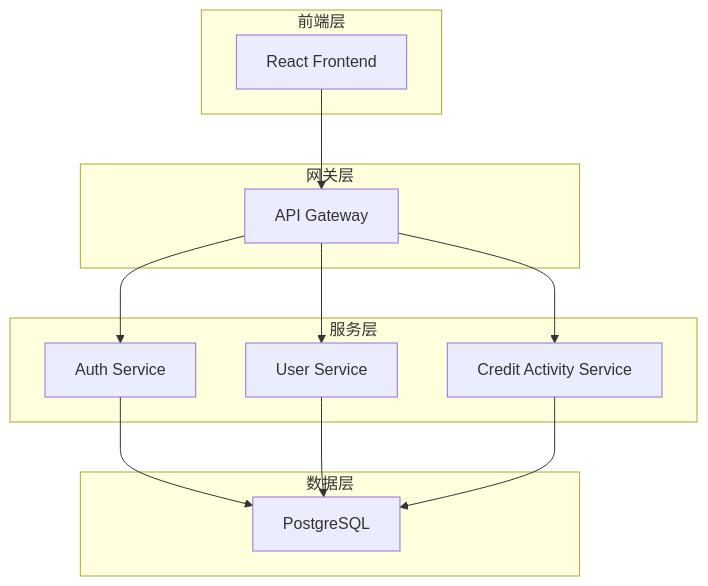
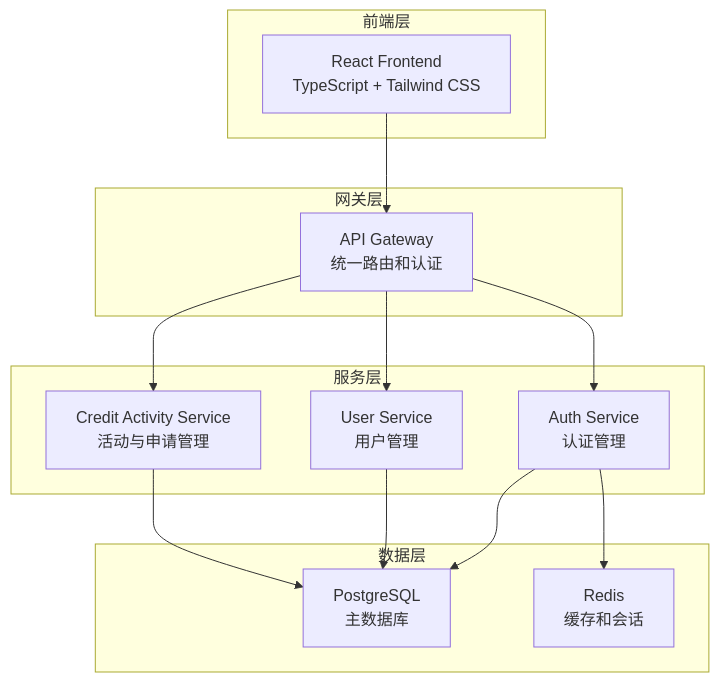
The diagram in README.md (EmptyDust/credit-management), drawn with Mermaid before and after one commit. The commit also changed other lines of this file and 1 other file, not shown here.

````diff
--- a/README.md
+++ b/README.md
@@ -24,28 +28,30 @@
 ```mermaid
 graph TB
     subgraph "前端层"
-        A[React Frontend]
+        A[React Frontend<br/>TypeScript + Tailwind CSS]
     end
     
     subgraph "网关层"
-        B[API Gateway]
+        B[API Gateway<br/>统一路由和认证]
     end
     
     subgraph "服务层"
-        C[Auth Service]
-        D[User Service]
-        E[Credit Activity Service]
+        C[Auth Service<br/>认证管理]
+        D[User Service<br/>用户管理]
+        E[Credit Activity Service<br/>活动与申请管理]
     end
     
     subgraph "数据层"
-        F[PostgreSQL]
+        F[PostgreSQL<br/>主数据库]
+        G[Redis<br/>缓存和会话]
     end
     
     A --> B
     B --> C
     B --> D
     B --> E
     C --> F
+    C --> G
     D --> F
     E --> F
 ```
````
